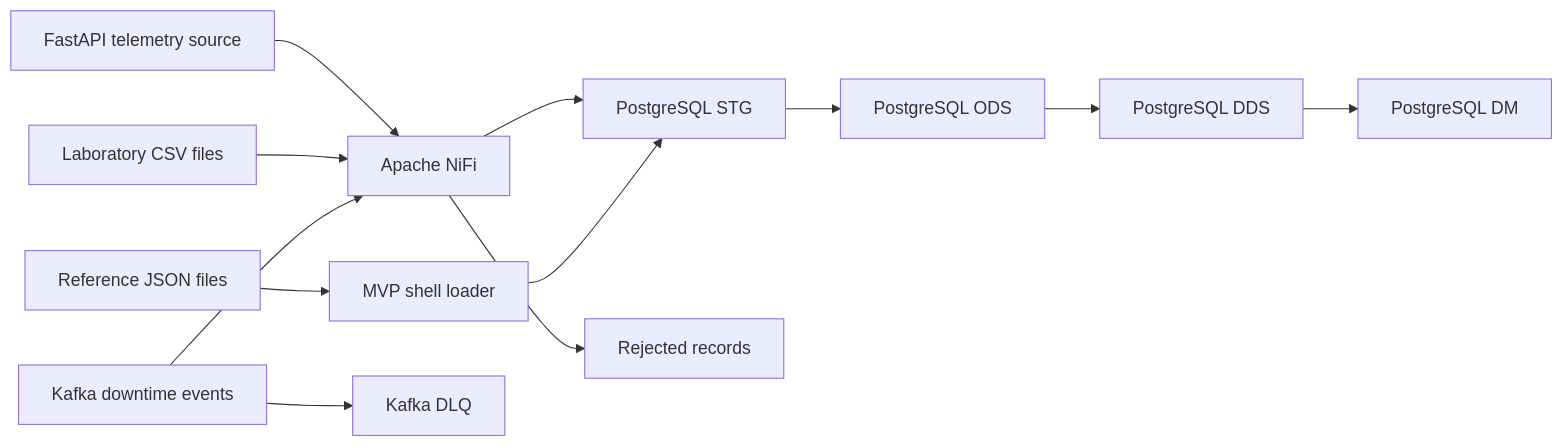
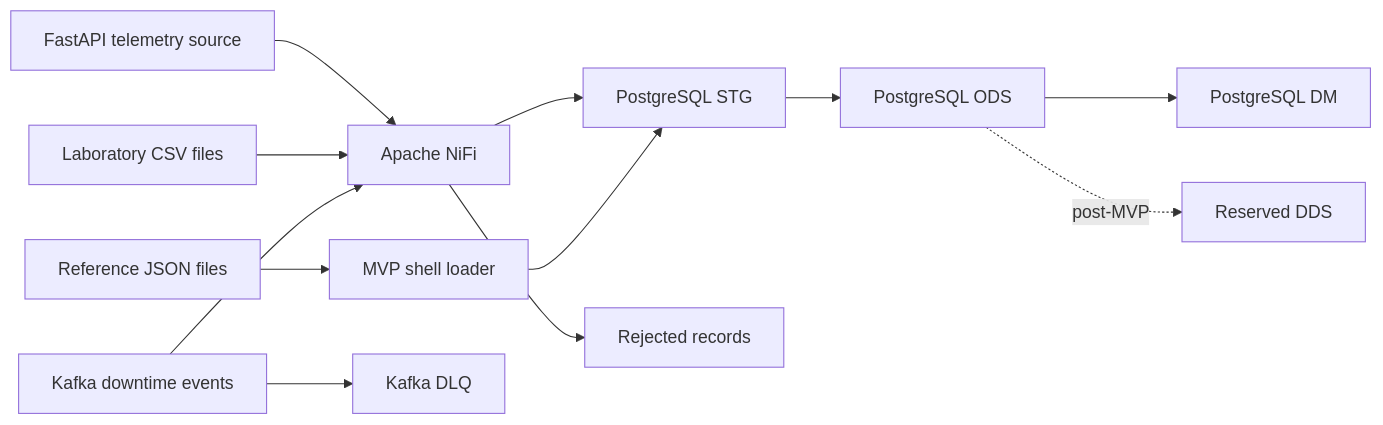
One commit to shipaaa/industrial-integration-lab changed the diagram in README.md. Above: the diagram before and after it, drawn with Mermaid. The commit also changed other lines of this file and 2 other files, not shown here.

Commit message:
docs: polish employer-facing MVP evidence

````diff
--- a/README.md
+++ b/README.md
@@ -36,16 +67,16 @@
 ```mermaid
 flowchart LR
     API["FastAPI telemetry source"] --> NIFI["Apache NiFi"]
     CSV["Laboratory CSV files"] --> NIFI
     JSON["Reference JSON files"] --> LOADER["MVP shell loader"]
     KAFKA["Kafka downtime events"] --> NIFI
 
     NIFI --> STG["PostgreSQL STG"]
     LOADER --> STG
     STG --> ODS["PostgreSQL ODS"]
-    ODS --> DDS["PostgreSQL DDS"]
-    DDS --> DM["PostgreSQL DM"]
+    ODS --> DM["PostgreSQL DM"]
+    ODS -. "post-MVP" .-> DDS["Reserved DDS"]
 
     NIFI --> REJECTED["Rejected records"]
     KAFKA --> DLQ["Kafka DLQ"]
 ```
````
